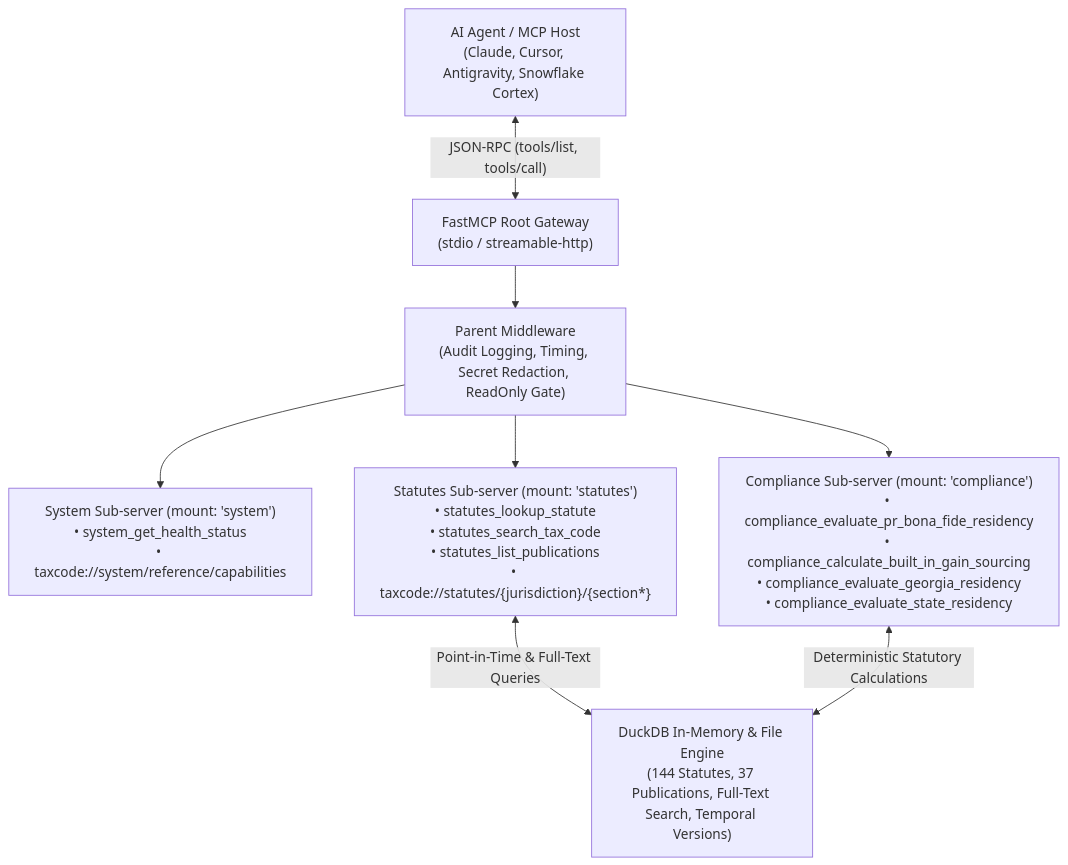
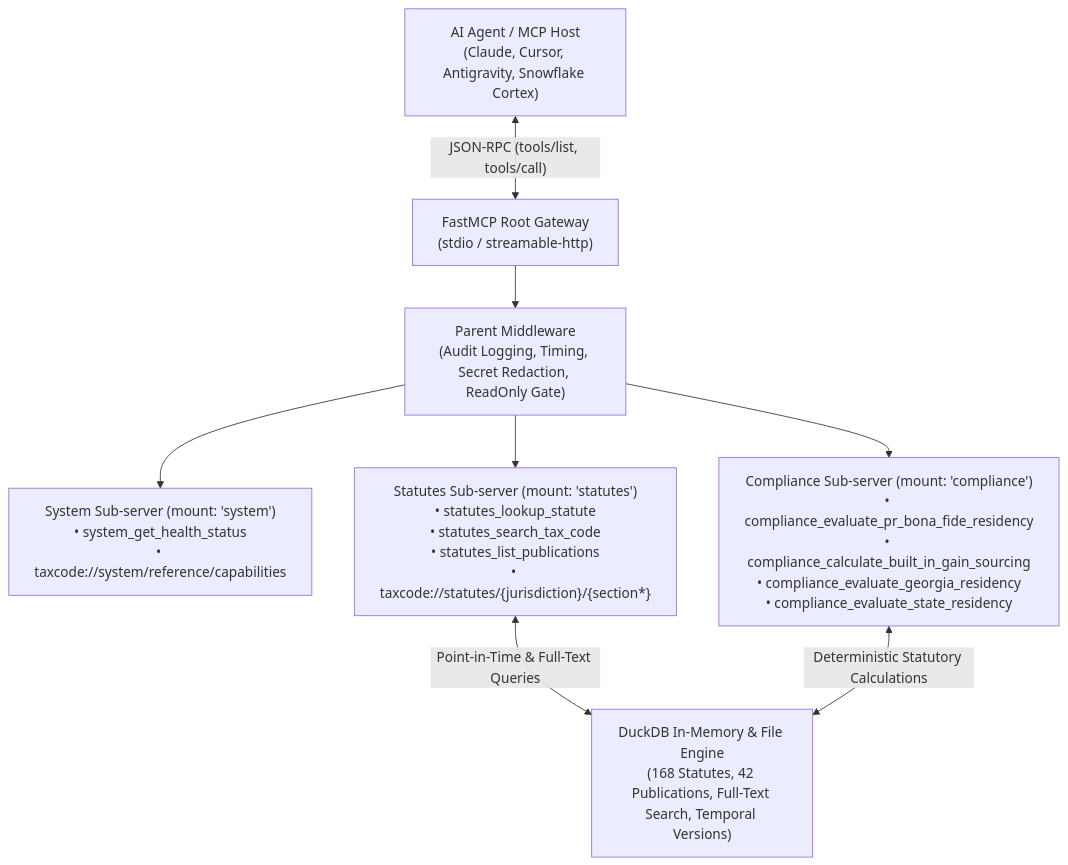
The diagram in README.md (christianclaudio/mcp-server-taxcode), drawn with Mermaid before and after one commit. The commit also changed other lines of this file and 48 other files, not shown here.

````diff
--- a/README.md
+++ b/README.md
@@ -22,18 +22,18 @@
 ```mermaid
 graph TD
     Client["AI Agent / MCP Host<br>(Claude, Cursor, Antigravity, Snowflake Cortex)"]
     Gateway["FastMCP Root Gateway<br>(stdio / streamable-http)"]
     ParentMW["Parent Middleware<br>(Audit Logging, Timing, Secret Redaction, ReadOnly Gate)"]
     SysSub["System Sub-server (mount: 'system')<br>• system_get_health_status<br>• taxcode://system/reference/capabilities"]
     StatSub["Statutes Sub-server (mount: 'statutes')<br>• statutes_lookup_statute<br>• statutes_search_tax_code<br>• statutes_list_publications<br>• taxcode://statutes/{jurisdiction}/{section*}"]
     CompSub["Compliance Sub-server (mount: 'compliance')<br>• compliance_evaluate_pr_bona_fide_residency<br>• compliance_calculate_built_in_gain_sourcing<br>• compliance_evaluate_georgia_residency<br>• compliance_evaluate_state_residency"]
-    DuckDB["DuckDB In-Memory & File Engine<br>(144 Statutes, 37 Publications, Full-Text Search, Temporal Versions)"]
+    DuckDB["DuckDB In-Memory & File Engine<br>(168 Statutes, 42 Publications, Full-Text Search, Temporal Versions)"]
 
     Client <-->|"JSON-RPC (tools/list, tools/call)"| Gateway
     Gateway --> ParentMW
     ParentMW --> SysSub
     ParentMW --> StatSub
     ParentMW --> CompSub
     StatSub <-->|"Point-in-Time & Full-Text Queries"| DuckDB
     CompSub <-->|"Deterministic Statutory Calculations"| DuckDB
 ```
````
